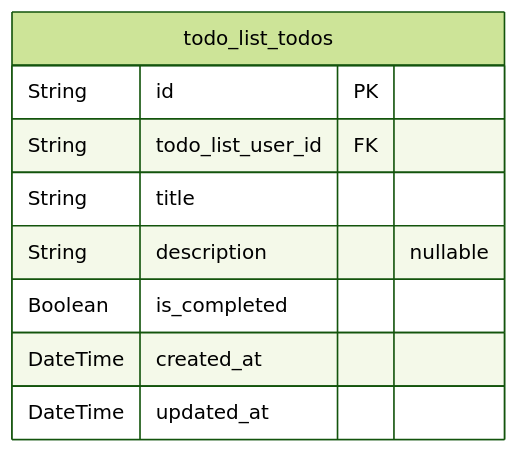
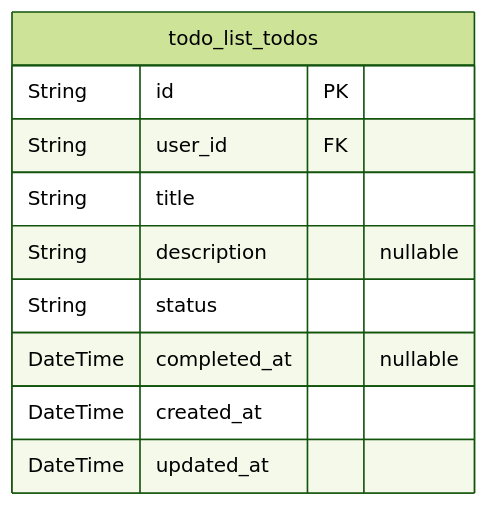
Before and after one commit to wrtnlabs/autobe-examples: the second of 2 diagrams in openai/gpt-4.1/todo/docs/ERD.md, drawn with Mermaid (forest theme). The commit also changed other lines of this file and 3372 other files, not shown here.

````diff
--- a/openai/gpt-4.1/todo/docs/ERD.md
+++ b/openai/gpt-4.1/todo/docs/ERD.md
@@ -103,12 +127,13 @@
 ```mermaid
 erDiagram
 "todo_list_todos" {
   String id PK
-  String todo_list_user_id FK
+  String user_id FK
   String title
   String description "nullable"
-  Boolean is_completed
+  String status
+  DateTime completed_at "nullable"
   DateTime created_at
   DateTime updated_at
 }
 ```
````
